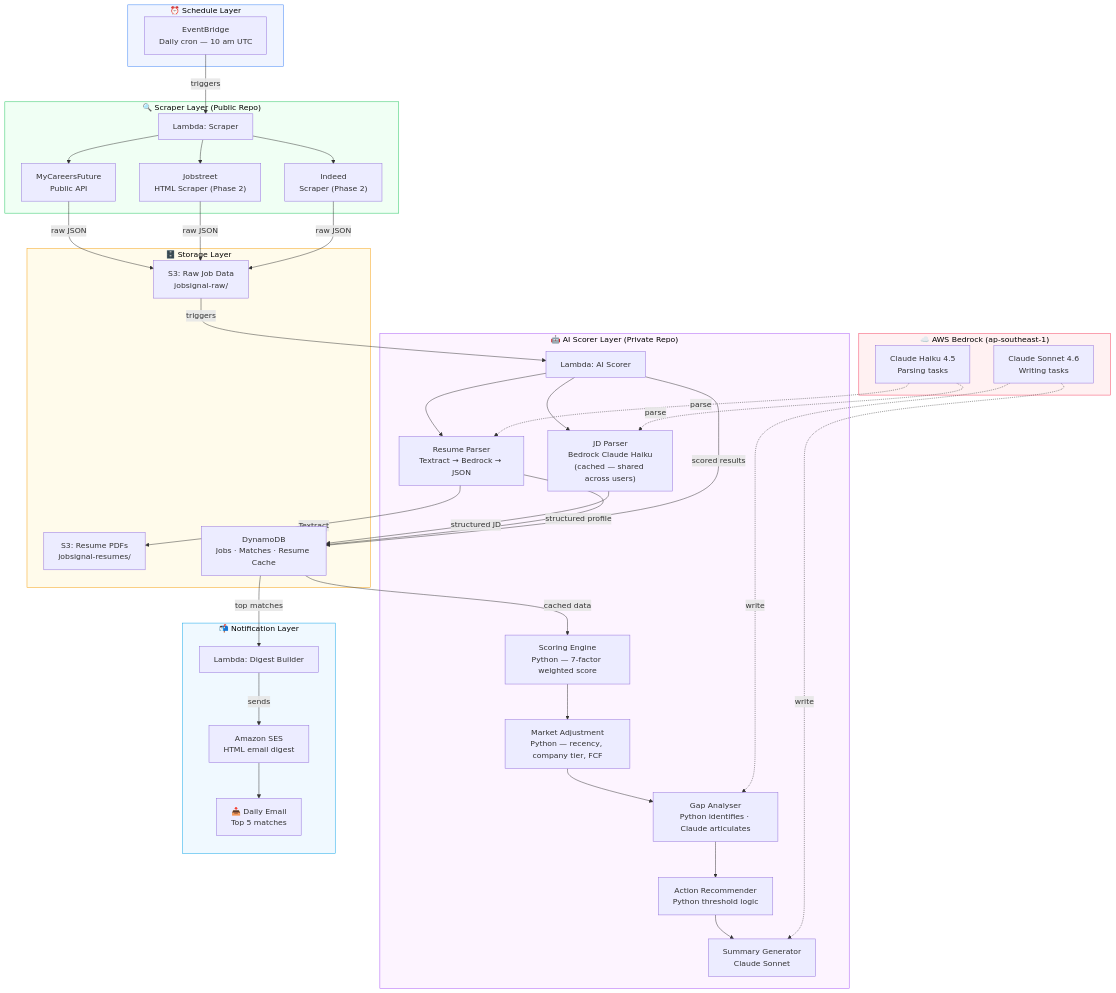
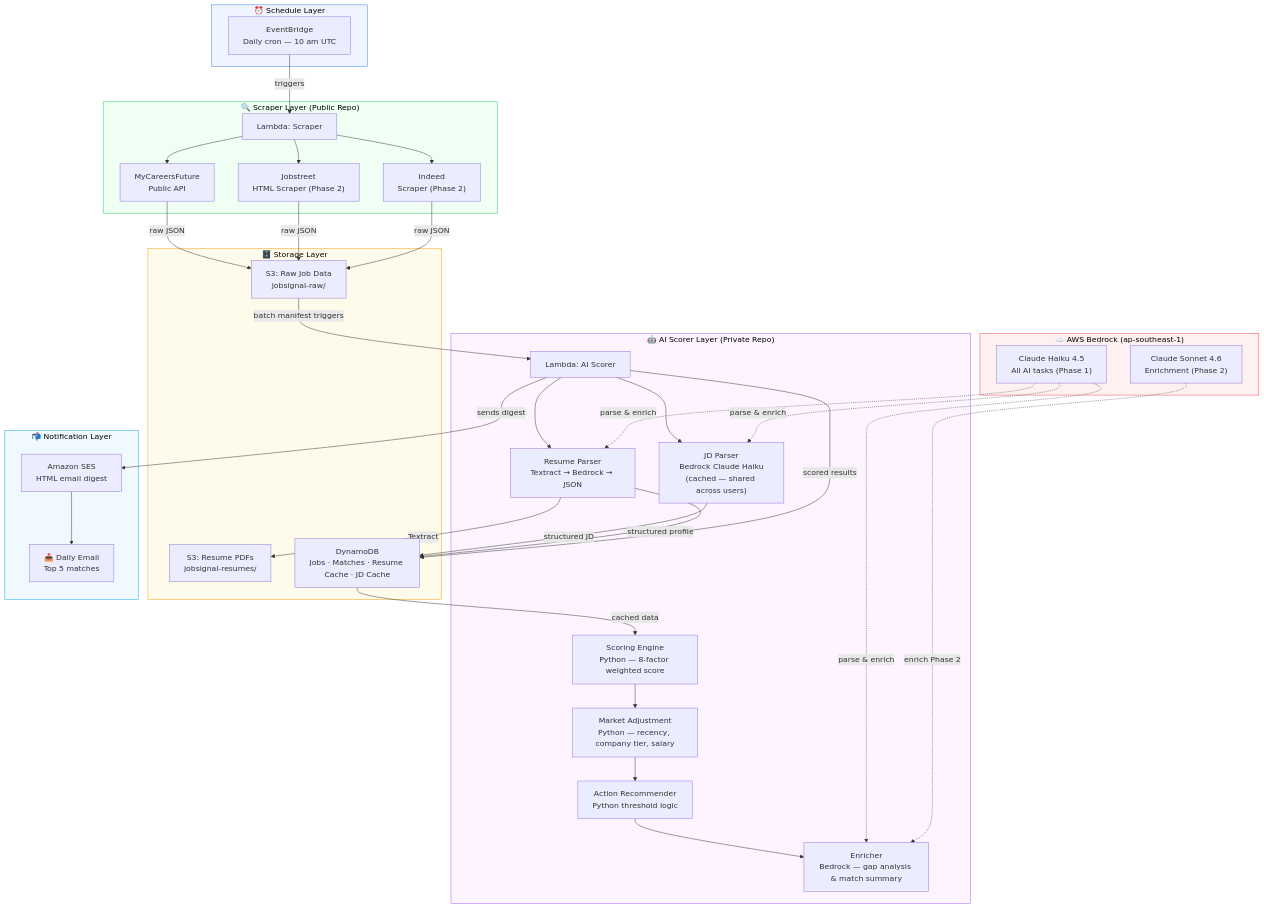
Before and after one commit to junhan87/job-signal-core: the diagram in docs/ARCHITECTURE.md, drawn with Mermaid. The commit also changed other lines of this file and 6 other files, not shown here.

````diff
--- a/docs/ARCHITECTURE.md
+++ b/docs/ARCHITECTURE.md
@@ -34,65 +19,62 @@
 ```mermaid
 flowchart TD
     subgraph Trigger["⏰ Schedule Layer"]
         EB["EventBridge<br>Daily cron — 10 am UTC"]
     end
 
     subgraph Scraper["🔍 Scraper Layer (Public Repo)"]
         LS["Lambda: Scraper"]
         MCF["MyCareersFuture<br>Public API"]
         JS["Jobstreet<br>HTML Scraper (Phase 2)"]
         IN["Indeed<br>Scraper (Phase 2)"]
     end
 
     subgraph Storage["🗄️ Storage Layer"]
         S3R["S3: Raw Job Data<br>jobsignal-raw/"]
         S3P["S3: Resume PDFs<br>jobsignal-resumes/"]
-        DDB["DynamoDB<br>Jobs · Matches · Resume Cache"]
+        DDB["DynamoDB<br>Jobs · Matches · Resume Cache · JD Cache"]
     end
 
     subgraph Scorer["🤖 AI Scorer Layer (Private Repo)"]
         LA["Lambda: AI Scorer"]
         RP["Resume Parser<br>Textract → Bedrock → JSON"]
         JP["JD Parser<br>Bedrock Claude Haiku<br>(cached — shared across users)"]
-        SE["Scoring Engine<br>Python — 7-factor weighted score"]
-        MA["Market Adjustment<br>Python — recency, company tier, FCF"]
-        GA["Gap Analyser<br>Python identifies · Claude articulates"]
+        SE["Scoring Engine<br>Python — 8-factor weighted score"]
+        MA["Market Adjustment<br>Python — recency, company tier, salary"]
         AR["Action Recommender<br>Python threshold logic"]
-        SG["Summary Generator<br>Claude Sonnet"]
+        EN["Enricher<br>Bedrock — gap analysis & match summary"]
     end
 
     subgraph LLM["☁️ AWS Bedrock (ap-southeast-1)"]
-        CH["Claude Haiku 4.5<br>Parsing tasks"]
-        CS["Claude Sonnet 4.6<br>Writing tasks"]
+        CH["Claude Haiku 4.5<br>All AI tasks (Phase 1)"]
+        CS["Claude Sonnet 4.6<br>Enrichment (Phase 2)"]
     end
 
     subgraph Notify["📬 Notification Layer"]
-        LB["Lambda: Digest Builder"]
         SES["Amazon SES<br>HTML email digest"]
         USER["📥 Daily Email<br>Top 5 matches"]
     end
 
     EB -->|triggers| LS
     LS --> MCF & JS & IN
     MCF & JS & IN -->|raw JSON| S3R
-    S3R -->|triggers| LA
+    S3R -->|batch manifest triggers| LA
     LA --> RP & JP
     RP -->|Textract| S3P
     JP -->|structured JD| DDB
     RP -->|structured profile| DDB
     DDB -->|cached data| SE
-    SE --> MA --> GA --> AR --> SG
+    SE --> MA --> AR --> EN
     LA -->|scored results| DDB
-    CH -.->|parse| JP & RP
-    CS -.->|write| GA & SG
-    DDB -->|top matches| LB
-    LB -->|sends| SES
+    CH -.->|parse & enrich| JP & RP & EN
+    CS -.->|enrich Phase 2| EN
+    LA -->|sends digest| SES
     SES --> USER
 
     style Trigger fill:#f0f4ff,stroke:#3b82f6,color:#000000
     style Scraper fill:#f0fff4,stroke:#22c55e,color:#000000
     style Storage fill:#fffbeb,stroke:#f59e0b,color:#000000
     style Scorer fill:#fdf4ff,stroke:#a855f7,color:#000000
     style LLM fill:#fff1f2,stroke:#f43f5e,color:#000000
     style Notify fill:#f0f9ff,stroke:#0ea5e9,color:#000000
 ```
````
